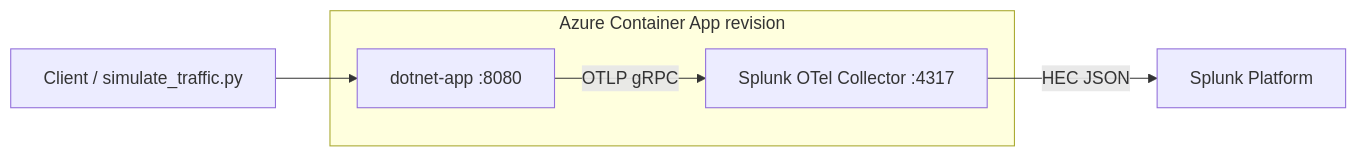
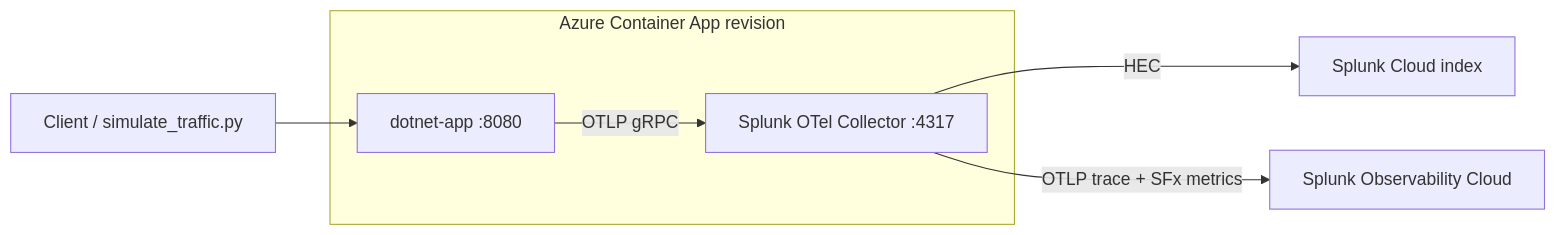
One commit to ps-dba-client/ACI changed the diagram in dotnet/README.md. Above: the diagram before and after it, drawn with Mermaid. The commit also changed other lines of this file and 7 other files, not shown here.

First line of the commit message:
Split telemetry: HEC logs, us1 Observability traces+metrics; otlphttp fix; TF outputs

````diff
--- a/dotnet/README.md
+++ b/dotnet/README.md
@@ -29,10 +37,11 @@
 ```mermaid
 flowchart LR
   subgraph ACA[Azure Container App revision]
     A[dotnet-app :8080]
     C[Splunk OTel Collector :4317]
   end
   Browser[Client / simulate_traffic.py] --> A
   A -->|OTLP gRPC| C
-  C -->|HEC JSON| Splunk[Splunk Platform]
+  C -->|HEC| SplunkCloud[Splunk Cloud index]
+  C -->|OTLP trace + SFx metrics| O11y[Splunk Observability Cloud]
 ```
````
